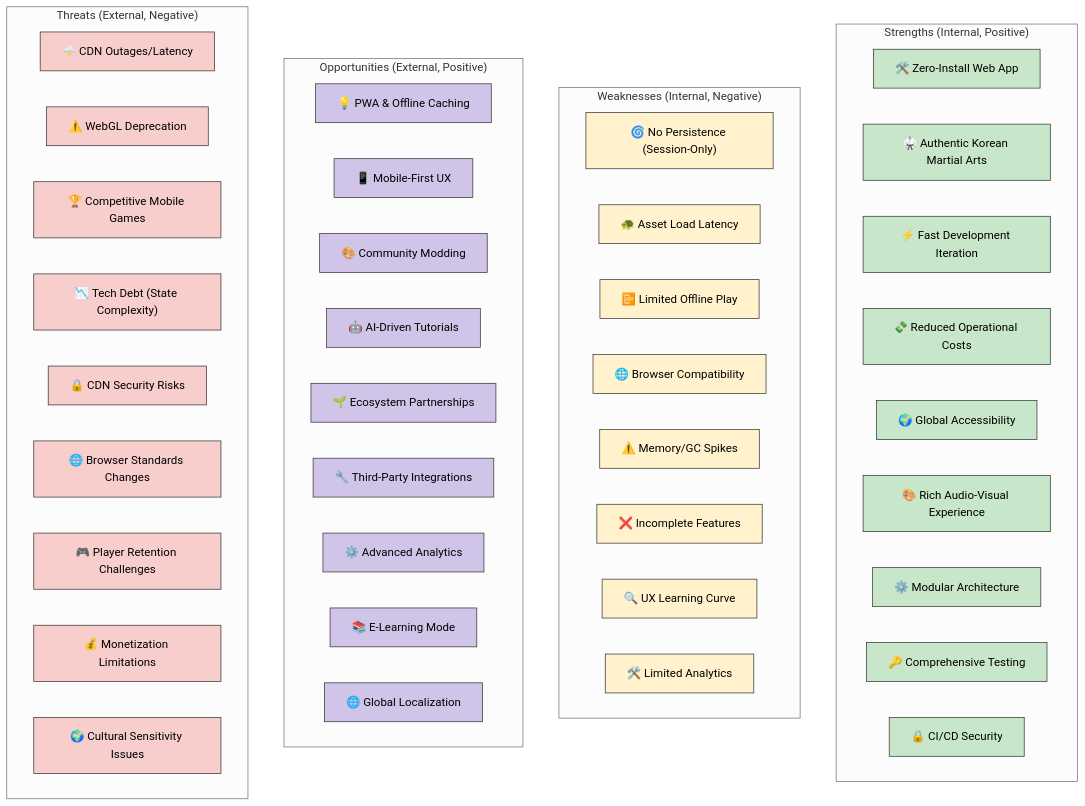
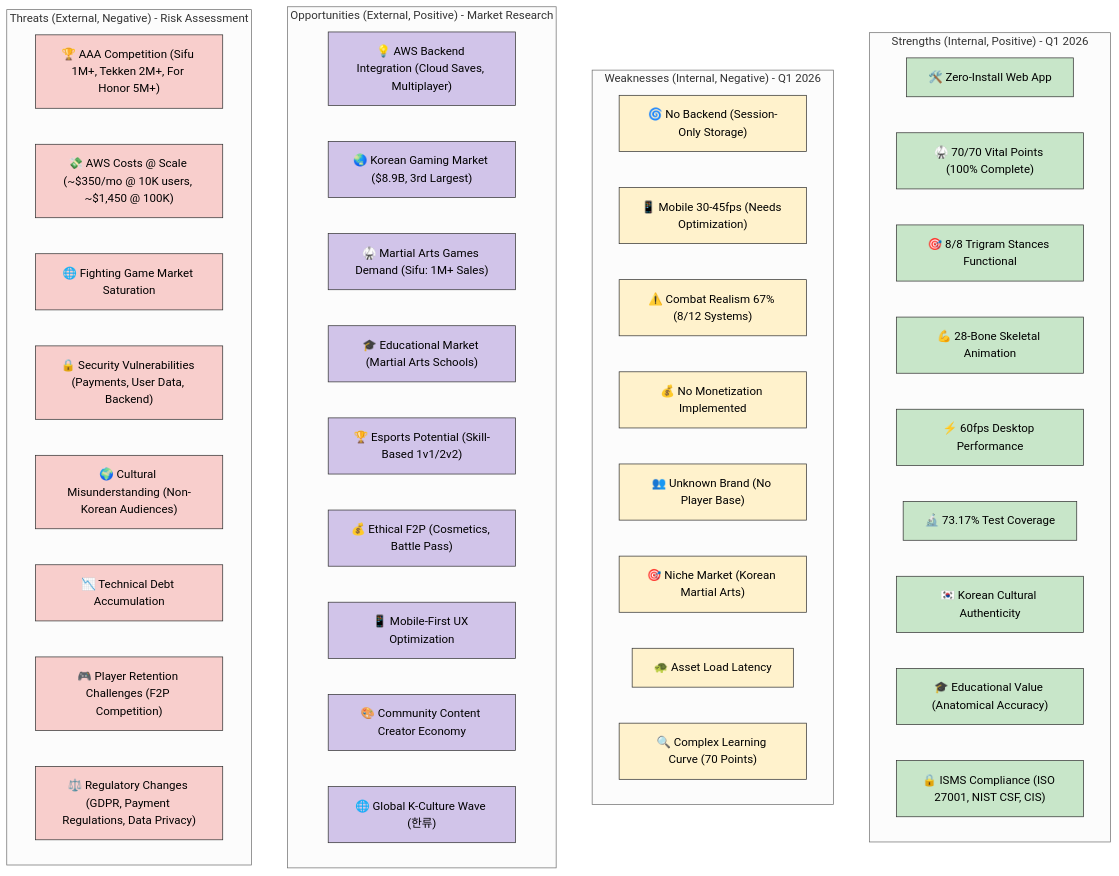
One commit to Hack23/blacktrigram changed the second of 8 diagrams in SWOT.md. Above: the diagram before and after it, drawn with Mermaid (neutral theme). The commit also changed other lines of this file and 1 other file, not shown here.

Commit message:
Complete SWOT.md and FUTURE_SWOT.md Q1 2026 comprehensive update with competitive analysis and AWS backend vision

````diff
--- a/SWOT.md
+++ b/SWOT.md
@@ -106,60 +125,59 @@
 ```mermaid
 graph TD
-    subgraph "Strengths (Internal, Positive)"
+    subgraph "Strengths (Internal, Positive) - Q1 2026"
         S1["🛠️ Zero-Install Web App"]
-        S2["🥋 Authentic Korean Martial Arts"]
-        S3["⚡ Fast Development Iteration"]
-        S4["💸 Reduced Operational Costs"]
-        S5["🌍 Global Accessibility"]
-        S6["🎨 Rich Audio-Visual Experience"]
-        S7["⚙️ Modular Architecture"]
-        S8["🔑 Comprehensive Testing"]
-        S9["🔒 CI/CD Security"]
+        S2["🥋 70/70 Vital Points (100% Complete)"]
+        S3["🎯 8/8 Trigram Stances Functional"]
+        S4["💪 28-Bone Skeletal Animation"]
+        S5["⚡ 60fps Desktop Performance"]
+        S6["🔬 73.17% Test Coverage"]
+        S7["🇰🇷 Korean Cultural Authenticity"]
+        S8["🎓 Educational Value (Anatomical Accuracy)"]
+        S9["🔒 ISMS Compliance (ISO 27001, NIST CSF, CIS)"]
     end
 
-    subgraph "Weaknesses (Internal, Negative)"
-        W1["🌀 No Persistence (Session-Only)"]
-        W2["🐢 Asset Load Latency"]
-        W3["📴 Limited Offline Play"]
-        W4["🌐 Browser Compatibility"]
-        W5["⚠️ Memory/GC Spikes"]
-        W6["❌ Incomplete Features"]
-        W7["🔍 UX Learning Curve"]
-        W8["🛠️ Limited Analytics"]
+    subgraph "Weaknesses (Internal, Negative) - Q1 2026"
+        W1["🌀 No Backend (Session-Only Storage)"]
+        W2["📱 Mobile 30-45fps (Needs Optimization)"]
+        W3["⚠️ Combat Realism 67% (8/12 Systems)"]
+        W4["💰 No Monetization Implemented"]
+        W5["👥 Unknown Brand (No Player Base)"]
+        W6["🎯 Niche Market (Korean Martial Arts)"]
+        W7["🐢 Asset Load Latency"]
+        W8["🔍 Complex Learning Curve (70 Points)"]
     end
 
-    subgraph "Opportunities (External, Positive)"
-        O1["💡 PWA & Offline Caching"]
-        O2["📱 Mobile-First UX"]
-        O3["🎨 Community Modding"]
-        O4["🤖 AI-Driven Tutorials"]
-        O5["🌱 Ecosystem Partnerships"]
-        O6["🔧 Third-Party Integrations"]
-        O7["⚙️ Advanced Analytics"]
-        O8["📚 E-Learning Mode"]
-        O9["🌐 Global Localization"]
+    subgraph "Opportunities (External, Positive) - Market Research"
+        O1["💡 AWS Backend Integration (Cloud Saves, Multiplayer)"]
+        O2["🌏 Korean Gaming Market ($8.9B, 3rd Largest)"]
+        O3["🥋 Martial Arts Games Demand (Sifu: 1M+ Sales)"]
+        O4["🎓 Educational Market (Martial Arts Schools)"]
+        O5["🏆 Esports Potential (Skill-Based 1v1/2v2)"]
+        O6["💰 Ethical F2P (Cosmetics, Battle Pass)"]
+        O7["📱 Mobile-First UX Optimization"]
+        O8["🎨 Community Content Creator Economy"]
+        O9["🌐 Global K-Culture Wave (한류)"]
     end
 
-    subgraph "Threats (External, Negative)"
-        T1["🌩️ CDN Outages/Latency"]
-        T2["⚠️ WebGL Deprecation"]
-        T3["🏆 Competitive Mobile Games"]
-        T4["📉 Tech Debt (State Complexity)"]
-        T5["🔒 CDN Security Risks"]
-        T6["🌐 Browser Standards Changes"]
-        T7["🎮 Player Retention Challenges"]
-        T8["💰 Monetization Limitations"]
-        T9["🌍 Cultural Sensitivity Issues"]
+    subgraph "Threats (External, Negative) - Risk Assessment"
+        T1["🏆 AAA Competition (Sifu 1M+, Tekken 2M+, For Honor 5M+)"]
+        T2["💸 AWS Costs @ Scale (~$350/mo @ 10K users, ~$1,450 @ 100K)"]
+        T3["🌐 Fighting Game Market Saturation"]
+        T4["🔒 Security Vulnerabilities (Payments, User Data, Backend)"]
+        T5["🌍 Cultural Misunderstanding (Non-Korean Audiences)"]
+        T6["📉 Technical Debt Accumulation"]
+        T7["🎮 Player Retention Challenges (F2P Competition)"]
+        T8["⚖️ Regulatory Changes (GDPR, Payment Regulations, Data Privacy)"]
     end
 
     %% Style
     classDef strengths fill:#c8e6c9,stroke:#333,stroke-width:1px,color:black
     classDef weaknesses fill:#fff2cc,stroke:#333,stroke-width:1px,color:black
     classDef opportunities fill:#d1c4e9,stroke:#333,stroke-width:1px,color:black
     classDef threats fill:#f8cecc,stroke:#333,stroke-width:1px,color:black
 
     class S1,S2,S3,S4,S5,S6,S7,S8,S9 strengths
     class W1,W2,W3,W4,W5,W6,W7,W8 weaknesses
     class O1,O2,O3,O4,O5,O6,O7,O8,O9 opportunities
-    class T1,T2,T3,T4,T5,T6,T7,T8,T9 threats
+    class T1,T2,T3,T4,T5,T6,T7,T8 threats
 ```
````
